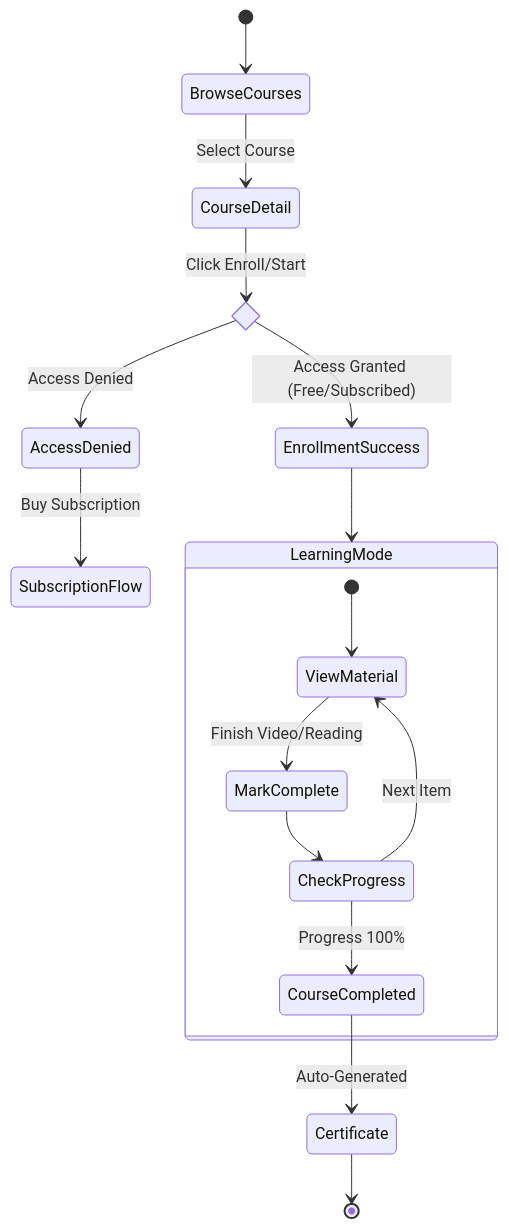
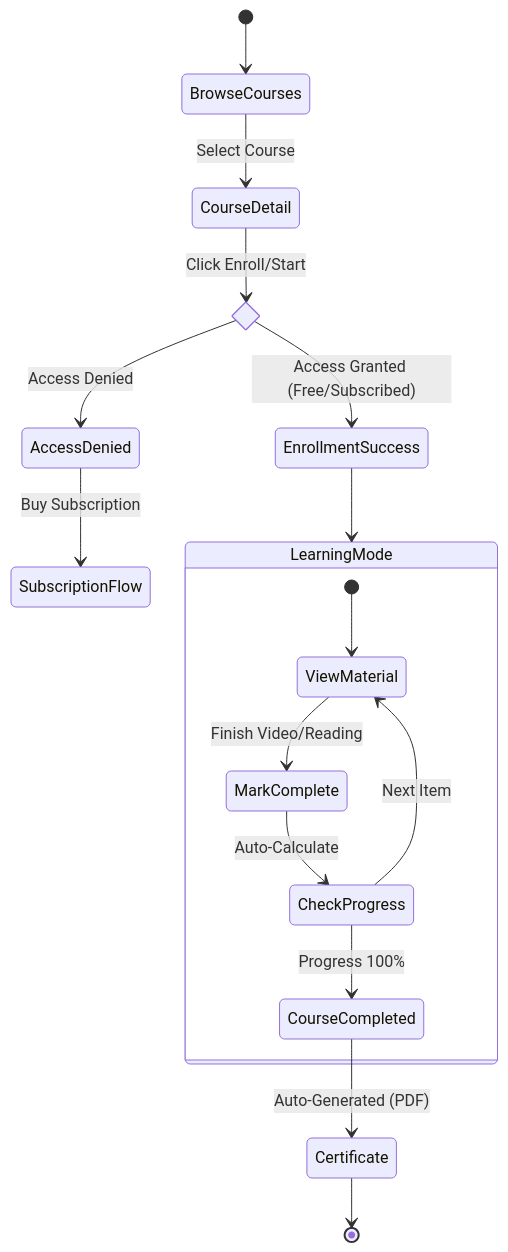
One commit to 23081010076-oss/backend changed the third of 8 diagrams in APP_FLOWS.md. Above: the diagram before and after it, drawn with Mermaid. The commit also changed other lines of this file, not shown here.

Commit message:
docs: Expand application flows documentation by adding new sections for portfolio, course management, articles, and corporate services, and enhancing details of existing flows.

````diff
--- a/APP_FLOWS.md
+++ b/APP_FLOWS.md
@@ -58,26 +94,26 @@
 ```mermaid
 stateDiagram-v2
     [*] --> BrowseCourses
     BrowseCourses --> CourseDetail : Select Course
     
     state check_access <<choice>>
     CourseDetail --> check_access : Click Enroll/Start
     
     check_access --> EnrollmentSuccess : Access Granted (Free/Subscribed)
     check_access --> AccessDenied : Access Denied
     
     AccessDenied --> SubscriptionFlow : Buy Subscription
     
     EnrollmentSuccess --> LearningMode
     
     state LearningMode {
         [*] --> ViewMaterial
         ViewMaterial --> MarkComplete : Finish Video/Reading
-        MarkComplete --> CheckProgress
+        MarkComplete --> CheckProgress : Auto-Calculate
         CheckProgress --> ViewMaterial : Next Item
         CheckProgress --> CourseCompleted : Progress 100%
     }
     
-    CourseCompleted --> Certificate : Auto-Generated
+    CourseCompleted --> Certificate : Auto-Generated (PDF)
     Certificate --> [*]
 ```
````
